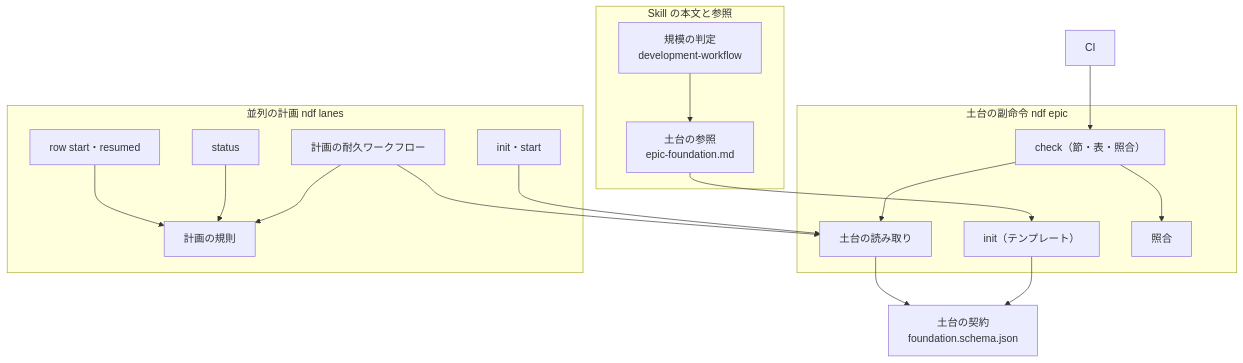
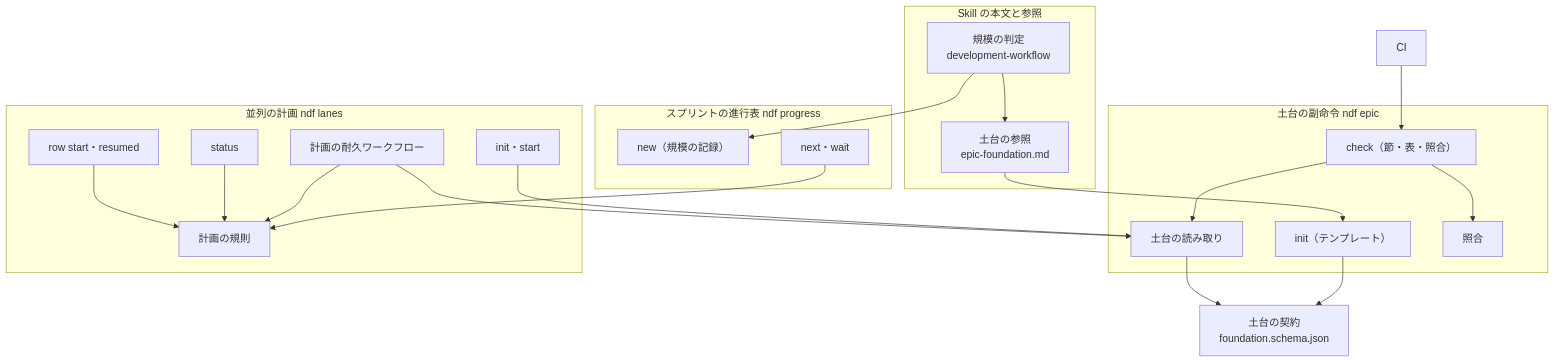
The first of 5 diagrams in issues/issue-3600-design.md (devbasex/ai-plugins), drawn with Mermaid before and after one commit. The commit also changed other lines of this file and 2 other files, not shown here.

````diff
--- a/issues/issue-3600-design.md
+++ b/issues/issue-3600-design.md
@@ -173,32 +189,38 @@
 ```mermaid
 graph TD
     subgraph SK["Skill の本文と参照"]
         DW["規模の判定<br/>development-workflow"]
         REF["土台の参照<br/>epic-foundation.md"]
     end
     subgraph EP["土台の副命令 ndf epic"]
         INIT["init（テンプレート）"]
         CHK["check（節・表・照合）"]
         RD["土台の読み取り"]
         VF["照合"]
     end
     subgraph PL["並列の計画 ndf lanes"]
         ST["init・start"]
         RUN["計画の耐久ワークフロー"]
         RULE["計画の規則"]
         STAT["status"]
         ROW["row start・resumed"]
     end
+    subgraph SP["スプリントの進行表 ndf progress"]
+        NEW["new（規模の記録）"]
+        NX["next・wait"]
+    end
     CON["土台の契約<br/>foundation.schema.json"]
     CI["CI"]
     DW --> REF --> INIT
+    DW --> NEW
+    NX --> RULE
     INIT --> CON
     CHK --> RD --> CON
     CHK --> VF
     ST --> RD
     RUN --> RD
     RUN --> RULE
     STAT --> RULE
     ROW --> RULE
     CI --> CHK
 ```
````
